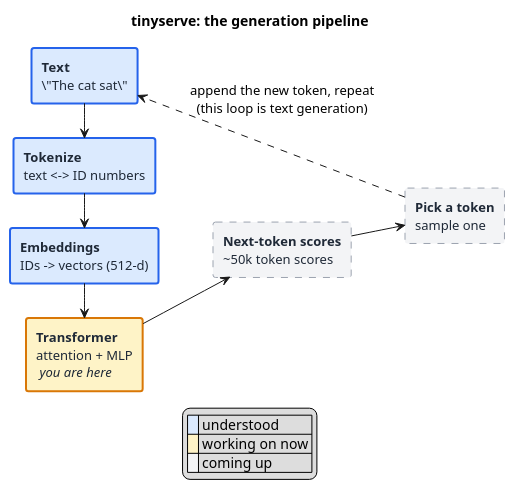
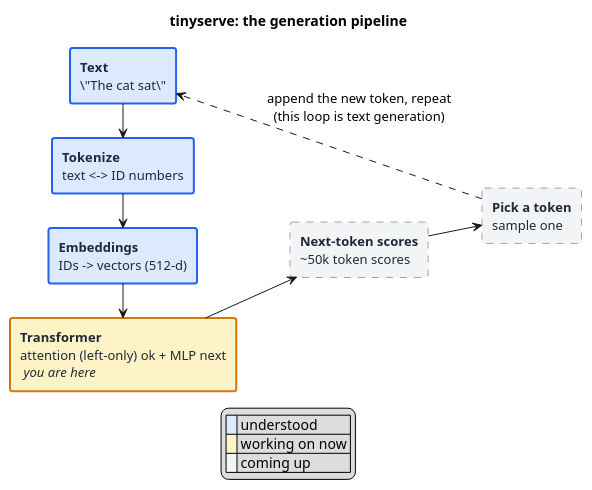
One commit to noahjobse/tinyserve changed the diagram in docs/pipeline.puml. Above: the diagram before and after it, drawn with PlantUML.

Commit message:
docs: mark attention understood in pipeline diagram

```diff
--- a/docs/pipeline.puml
+++ b/docs/pipeline.puml
@@ -1,34 +1,34 @@
 @startuml tinyserve-pipeline
 ' Living diagram of tinyserve's generation pipeline.
 ' Update as we go: change a box color/label, add boxes rightward (KV cache, server).
 '   blue  = understood/built   amber = working on now   gray dashed = coming up
 left to right direction
 skinparam shadowing false
 skinparam defaultFontName Helvetica
 skinparam rectangle {
   FontColor #1f2937
   FontSize 13
   BorderThickness 2
 }
 title tinyserve: the generation pipeline
 
 rectangle "**Text**\n\"The cat sat\"" as text #back:dbeafe;line:2563eb
 rectangle "**Tokenize**\ntext <-> ID numbers" as tok #back:dbeafe;line:2563eb
 rectangle "**Embeddings**\nIDs -> vectors (512-d)" as emb #back:dbeafe;line:2563eb
-rectangle "**Transformer**\nattention + MLP\n// you are here //" as xf #back:fef3c7;line:d97706
+rectangle "**Transformer**\nattention (left-only) ok + MLP next\n// you are here //" as xf #back:fef3c7;line:d97706
 rectangle "**Next-token scores**\n~50k token scores" as scores #back:f3f4f6;line:9ca3af;line.dashed
 rectangle "**Pick a token**\nsample one" as pick #back:f3f4f6;line:9ca3af;line.dashed
 
 text  -> tok
 tok   -> emb
 emb   -> xf
 xf    -> scores
 scores -> pick
 pick  ..> text : append the new token, repeat\n(this loop is text generation)
 
 legend bottom
 |<#dbeafe>   | understood |
 |<#fef3c7>   | working on now |
 |<#f3f4f6>   | coming up |
 endlegend
 @enduml
```
